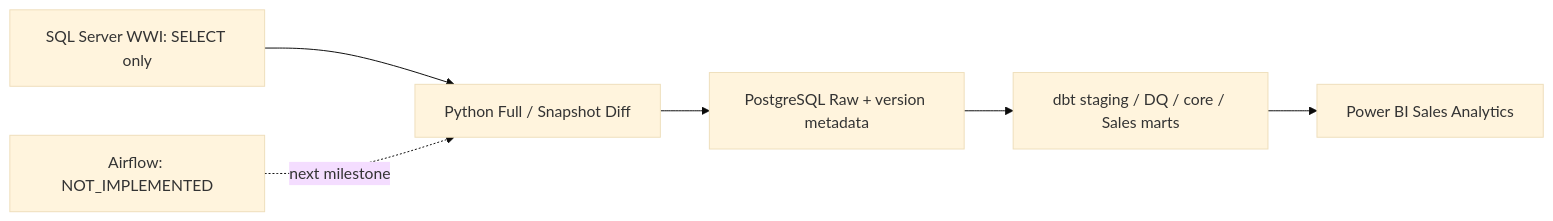
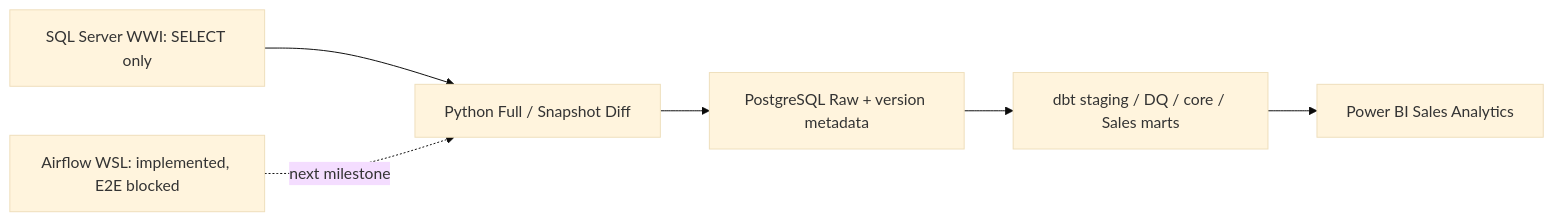
Before and after one commit to Tphuonggggg/retail-data-platform: the diagram in README.md, drawn with Mermaid (base theme). The commit also changed 9 other files, not shown here.

Commit message:
feat(airflow): orchestrate manual version-pinned Sales pipeline on WSL

````diff
--- a/README.md
+++ b/README.md
@@ -5,8 +5,8 @@
 ```mermaid
 flowchart LR
   WWI[SQL Server WWI: SELECT only] --> PY[Python Full / Snapshot Diff]
   PY --> RAW[PostgreSQL Raw + version metadata]
   RAW --> DBT[dbt staging / DQ / core / Sales marts]
   DBT --> BI[Power BI Sales Analytics]
-  AF[Airflow: NOT_IMPLEMENTED] -. next milestone .-> PY
+  AF[Airflow WSL: implemented, E2E blocked] -. next milestone .-> PY
 ```
````
